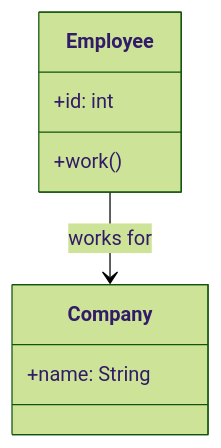
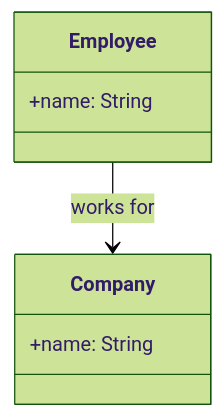
Before and after one commit to Muhammad-Hussain456/OOP: the second of 10 diagrams in 07_AssociationAggregationAndComposition.md, drawn with Mermaid (forest theme). The commit also changed other lines of this file, not shown here.

````diff
--- a/07_AssociationAggregationAndComposition.md
+++ b/07_AssociationAggregationAndComposition.md
@@ -49,12 +87,11 @@
 ```mermaid
 classDiagram
     Employee --> Company : works for
     
     class Employee {
-        +id: int
-        +work()
+        +name: String
     }
     class Company {
         +name: String
     }
 ```
````
